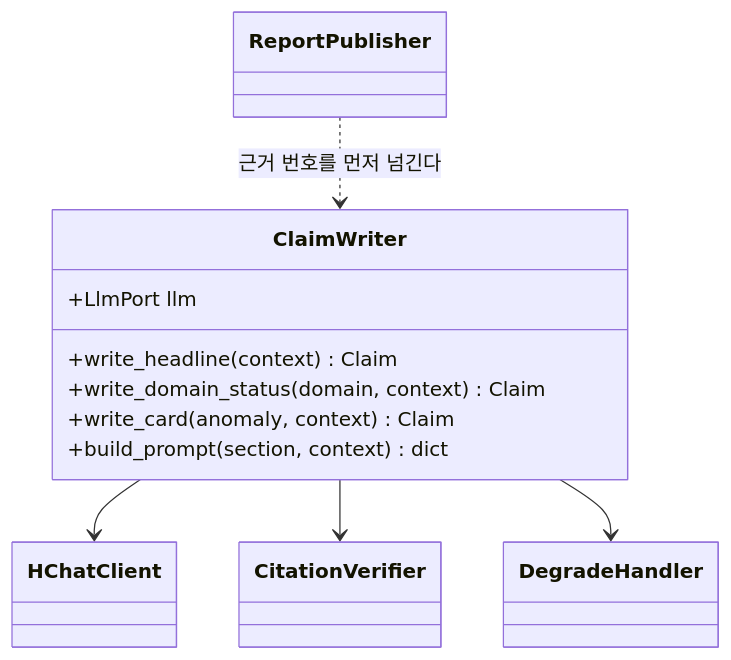
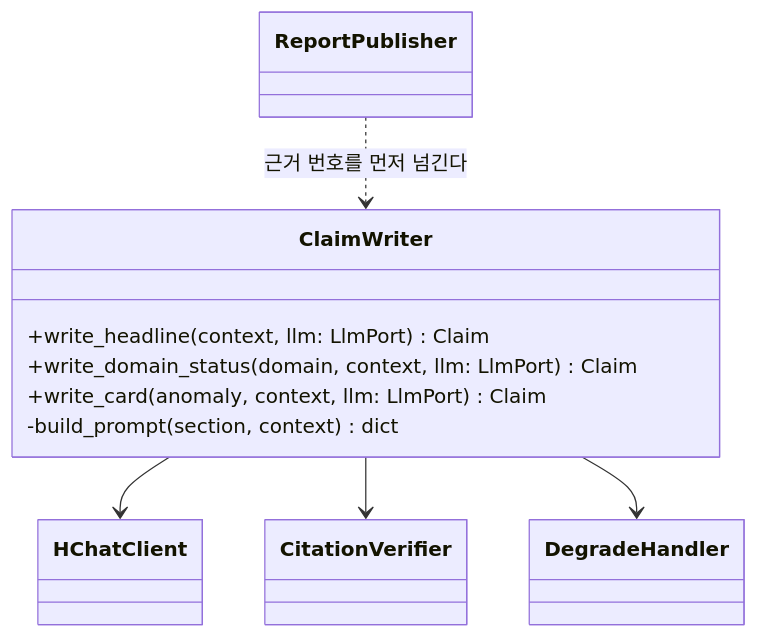
Diagram 19 of 29 in docs/specs/06-DOM/TBL-DOM-002.md (HoyoungParkme/tableau_platform), drawn with Mermaid before and after one commit. The commit also changed other lines of this file, not shown here.

Commit message:
교차 검증 지적 반영: A 리포트 열람 경로(read_report_document·publish_a_report) 신설, 도메인 상태 신호등을 5단계 판정 산출물로 확정(build_domain_status), 클래스 다이어그램을 MS 시그니처에 맞춤(공개·사설 조정, 반환형·llm 인자), 3장 대괄호 참조 정정, 개정 서술을 현재 상태 서술로 교체

````diff
--- a/docs/specs/06-DOM/TBL-DOM-002.md
+++ b/docs/specs/06-DOM/TBL-DOM-002.md
@@ -772,14 +784,13 @@
 ```mermaid
 classDiagram
   class ClaimWriter {
-    +LlmPort llm
-    +write_headline(context) Claim
-    +write_domain_status(domain, context) Claim
-    +write_card(anomaly, context) Claim
-    +build_prompt(section, context) dict
+    +write_headline(context, llm: LlmPort) Claim
+    +write_domain_status(domain, context, llm: LlmPort) Claim
+    +write_card(anomaly, context, llm: LlmPort) Claim
+    -build_prompt(section, context) dict
   }
   ClaimWriter --> HChatClient
   ClaimWriter --> CitationVerifier
   ClaimWriter --> DegradeHandler
   ReportPublisher ..> ClaimWriter : 근거 번호를 먼저 넘긴다
 ```
````
